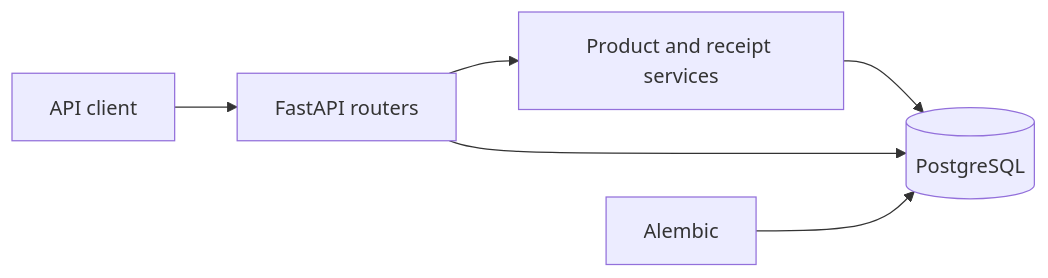
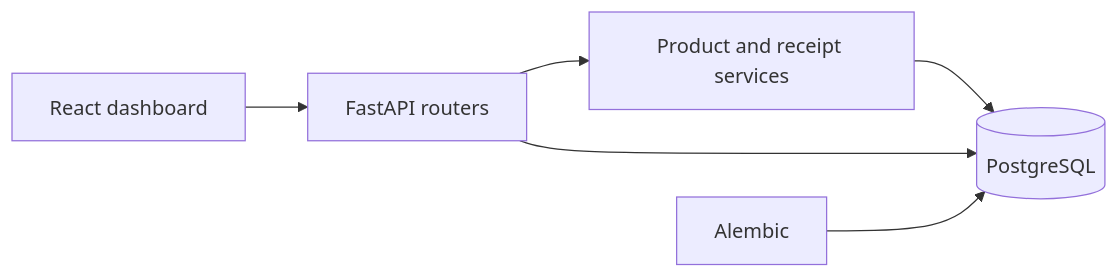
The diagram in README.md (Adn2805/Stockflow), drawn with Mermaid before and after one commit. The commit also changed other lines of this file and 33 other files, not shown here.

````diff
--- a/README.md
+++ b/README.md
@@ -7,8 +7,8 @@
 ```mermaid
 flowchart LR
-    Client[API client] --> API[FastAPI routers]
+    Client[React dashboard] --> API[FastAPI routers]
     API --> Services[Product and receipt services]
     Services --> DB[(PostgreSQL)]
     API --> DB
     Alembic --> DB
 ```
````
